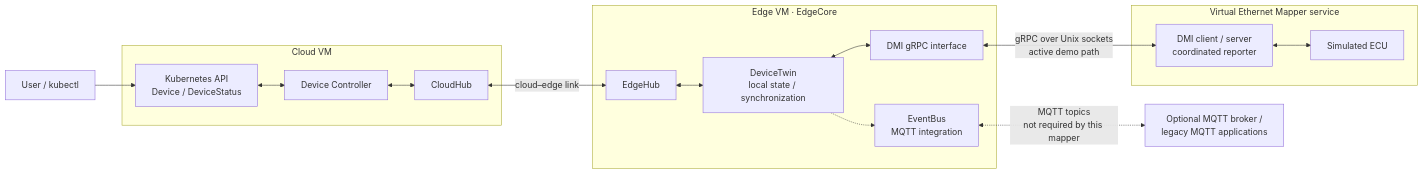
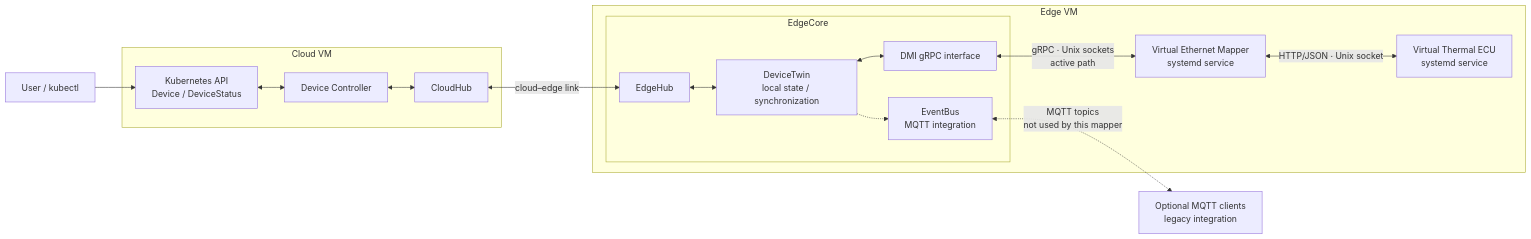
One commit to neotera-eu/up2date4sdv-continuumx-playground changed the third of 9 diagrams in README.md. Above: the diagram before and after it, drawn with Mermaid. The commit also changed other lines of this file and 14 other files, not shown here.

Commit message:
Add virtual ECU firmware update; vECU is now a separate entity (was part of the mapper)

````diff
--- a/README.md
+++ b/README.md
@@ -220,34 +228,30 @@
 ```mermaid
 flowchart LR
     User["User / kubectl"]
-
     subgraph Cloud["Cloud VM"]
-        API["Kubernetes API\nDevice / DeviceStatus"]
+        API["Kubernetes API<br/>Device / DeviceStatus"]
         Controller["Device Controller"]
         CH["CloudHub"]
         API <--> Controller
         Controller <--> CH
     end
-
-    subgraph Edge["Edge VM · EdgeCore"]
-        EH["EdgeHub"]
-        Twin["DeviceTwin\nlocal state / synchronization"]
-        DMI["DMI gRPC interface"]
-        Bus["EventBus\nMQTT integration"]
-        EH <--> Twin
-        Twin <--> DMI
-        Twin -.-> Bus
+    subgraph Edge["Edge VM"]
+        subgraph EdgeCore["EdgeCore"]
+            EH["EdgeHub"]
+            Twin["DeviceTwin<br/>local state / synchronization"]
+            DMI["DMI gRPC interface"]
+            Bus["EventBus<br/>MQTT integration"]
+            EH <--> Twin
+            Twin <--> DMI
+            Twin -.-> Bus
+        end
+        Mapper["Virtual Ethernet Mapper<br/>systemd service"]
+        ECU["Virtual Thermal ECU<br/>systemd service"]
+        Mapper <-->|"HTTP/JSON · Unix socket"| ECU
     end
-
-    subgraph MapperApp["Virtual Ethernet Mapper service"]
-        Mapper["DMI client / server\ncoordinated reporter"]
-        ECU["Simulated ECU"]
-        Mapper <--> ECU
-    end
-
-    MQTT["Optional MQTT broker /\nlegacy MQTT applications"]
+    MQTT["Optional MQTT clients<br/>legacy integration"]
     User --> API
     CH <-->|"cloud–edge link"| EH
-    DMI <-->|"gRPC over Unix sockets\nactive demo path"| Mapper
-    Bus <-.->|"MQTT topics\nnot required by this mapper"| MQTT
+    DMI <-->|"gRPC · Unix sockets<br/>active path"| Mapper
+    Bus <-.->|"MQTT topics<br/>not used by this mapper"| MQTT
 ```
````
